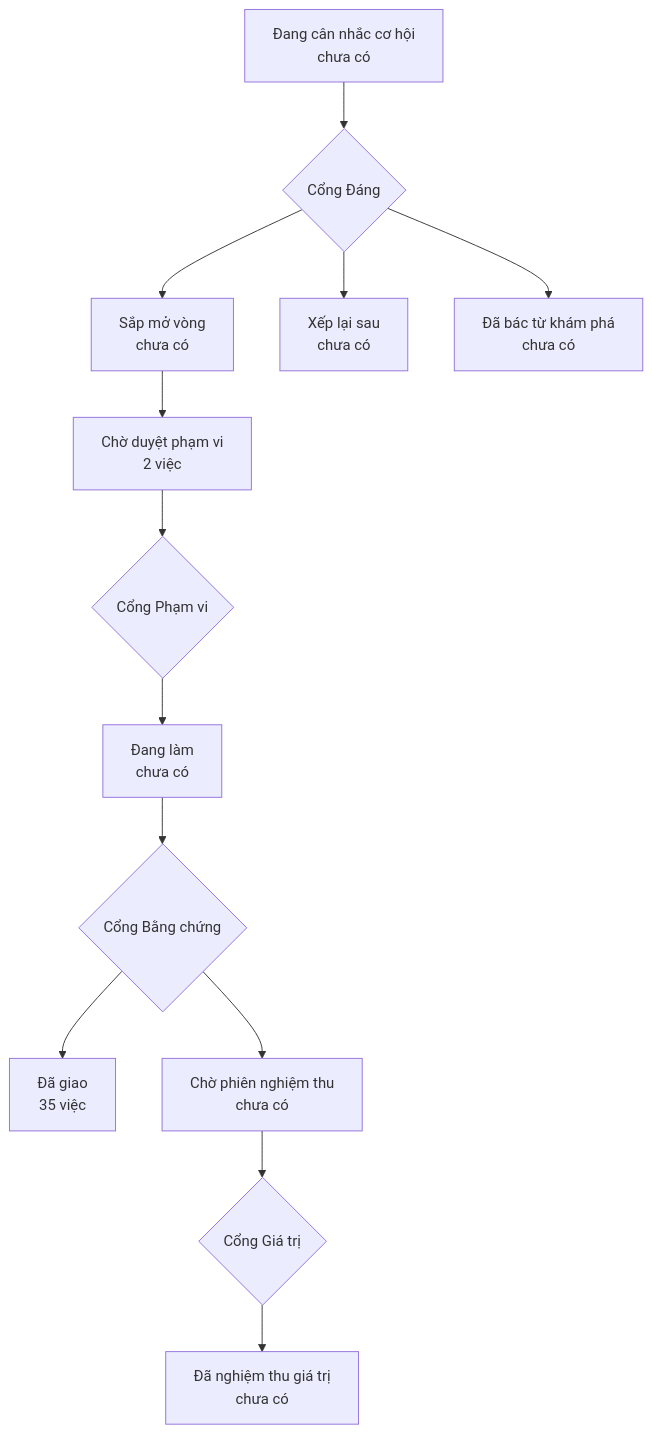
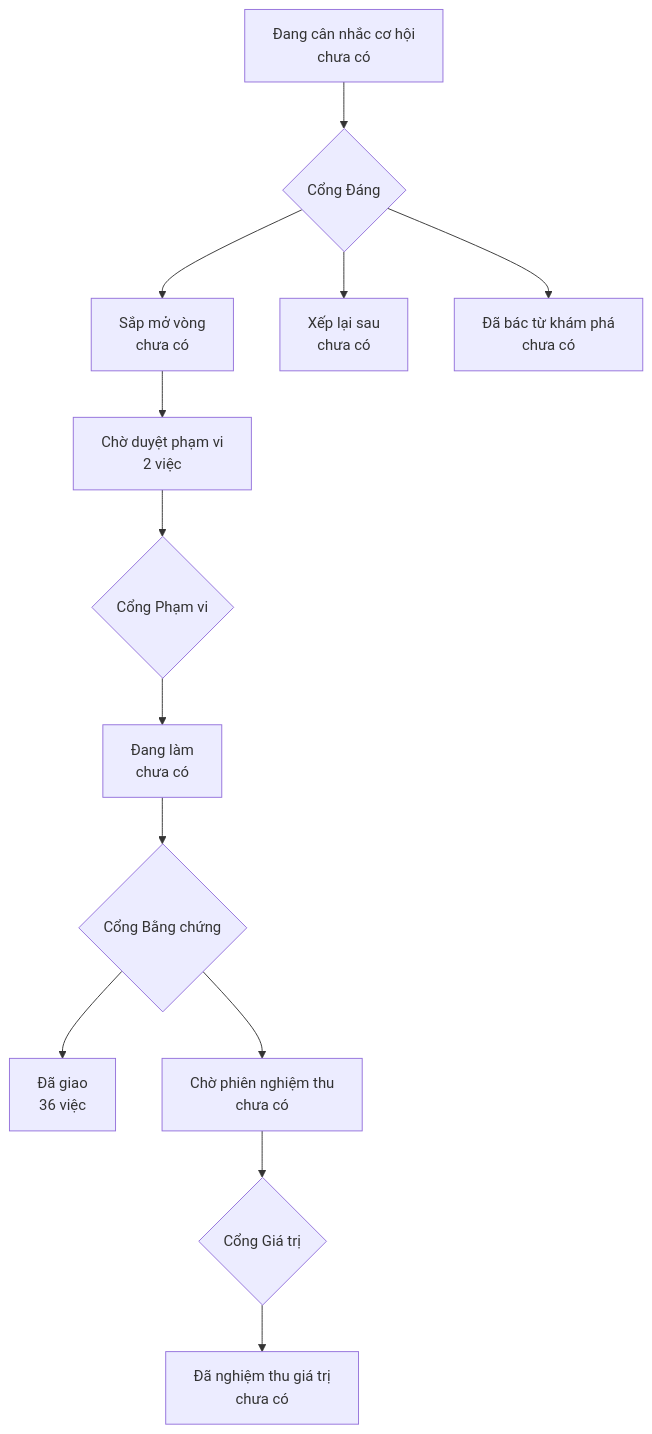
The diagram in PRODUCT-MAP.md (phanlemanh/acceptance-gate-kit), drawn with Mermaid before and after one commit. The commit also changed other lines of this file and 26 other files, not shown here.

````diff
--- a/PRODUCT-MAP.md
+++ b/PRODUCT-MAP.md
@@ -6,12 +6,12 @@
 ```mermaid
 flowchart TD
   A["Đang cân nhắc cơ hội<br/>chưa có"] --> GD{"Cổng Đáng"}
   GD --> B["Sắp mở vòng<br/>chưa có"]
   GD --> XL["Xếp lại sau<br/>chưa có"]
   GD --> DB["Đã bác từ khám phá<br/>chưa có"]
   B --> CD["Chờ duyệt phạm vi<br/>2 việc"] --> GP{"Cổng Phạm vi"}
   GP --> DL["Đang làm<br/>chưa có"] --> GB{"Cổng Bằng chứng"}
-  GB --> DG["Đã giao<br/>35 việc"]
+  GB --> DG["Đã giao<br/>36 việc"]
   GB --> CN["Chờ phiên nghiệm thu<br/>chưa có"] --> GG{"Cổng Giá trị"}
   GG --> NT["Đã nghiệm thu giá trị<br/>chưa có"]
 ```
````
